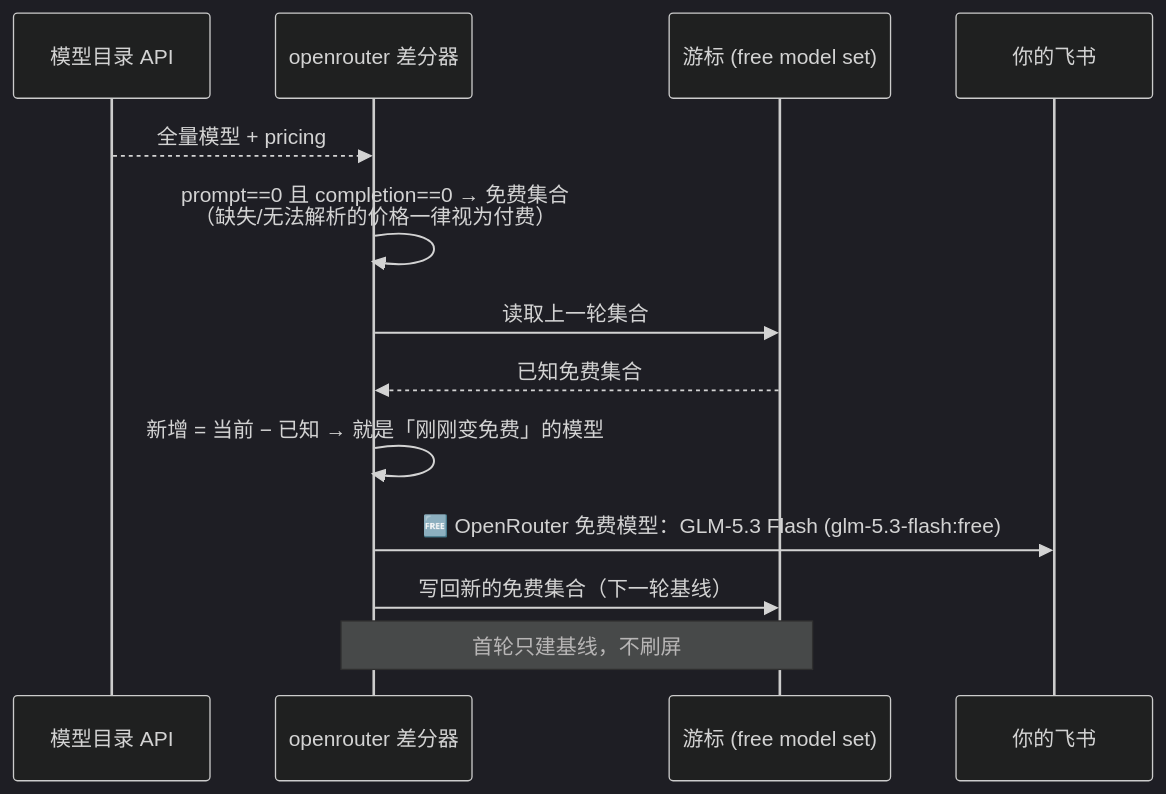
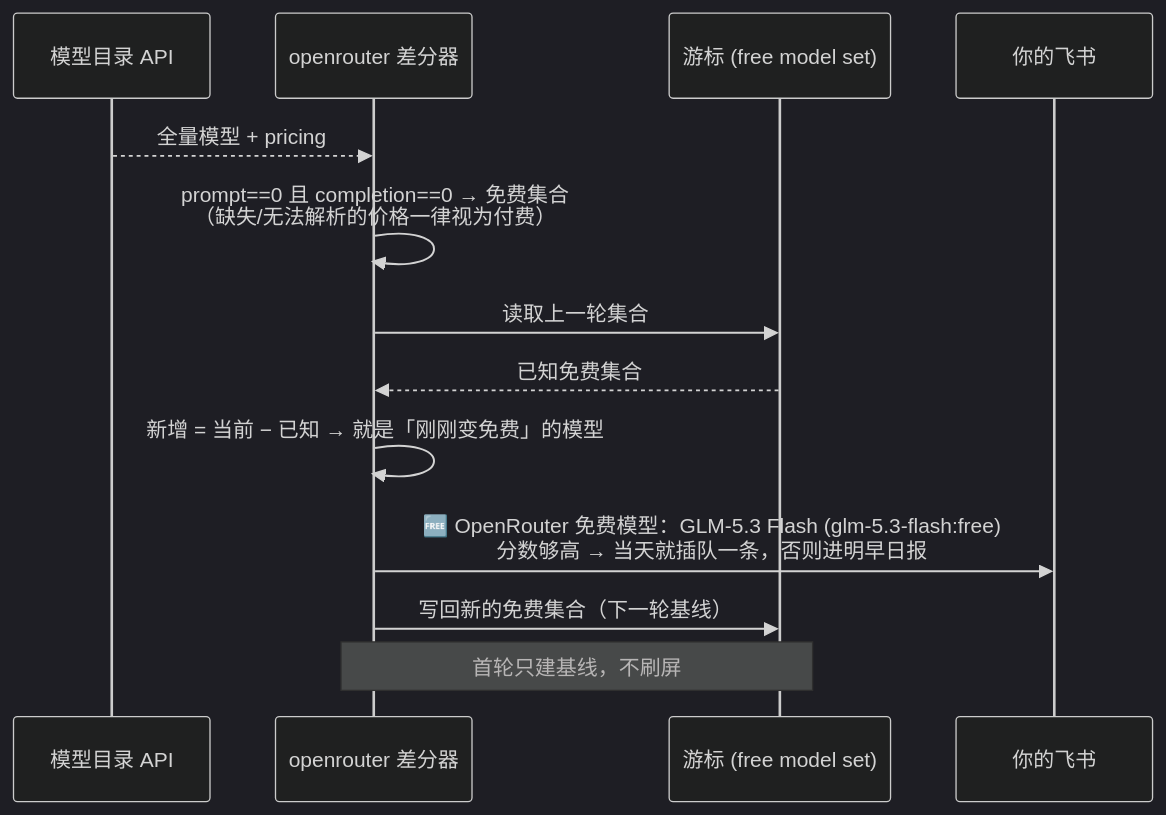
One commit to xiabee/Deal-Hunter changed the third of 5 diagrams in README.md. Above: the diagram before and after it, drawn with Mermaid (dark theme). The commit also changed other lines of this file and 4 other files, not shown here.

First line of the commit message:
docs: 按日报形态重写 README，并建立 docs/ROADMAP.md 与 STATUS.md

````diff
--- a/README.md
+++ b/README.md
@@ -93,16 +94,16 @@
 ```mermaid
 sequenceDiagram
     participant OR as 模型目录 API
     participant Diff as openrouter 差分器
     participant Cur as 游标 (free model set)
     participant User as 你的飞书
 
     OR-->>Diff: 全量模型 + pricing
     Diff->>Diff: prompt==0 且 completion==0 → 免费集合<br/>（缺失/无法解析的价格一律视为付费）
     Diff->>Cur: 读取上一轮集合
     Cur-->>Diff: 已知免费集合
     Diff->>Diff: 新增 = 当前 − 已知 → 就是「刚刚变免费」的模型
-    Diff->>User: 🆓 OpenRouter 免费模型：GLM-5.3 Flash (glm-5.3-flash:free)
+    Diff->>User: 🆓 OpenRouter 免费模型：GLM-5.3 Flash (glm-5.3-flash:free)<br/>分数够高 → 当天就插队一条，否则进明早日报
     Diff->>Cur: 写回新的免费集合（下一轮基线）
     Note over Diff,Cur: 首轮只建基线，不刷屏
 ```
````
